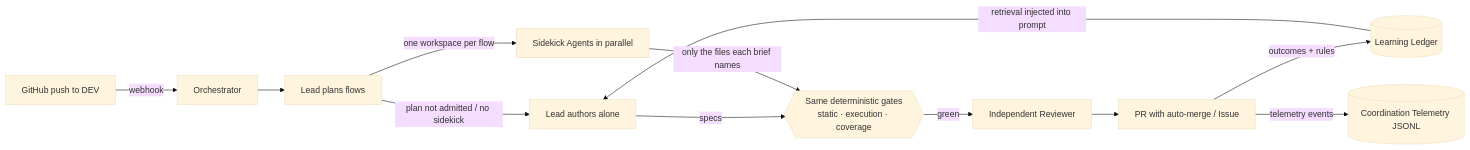
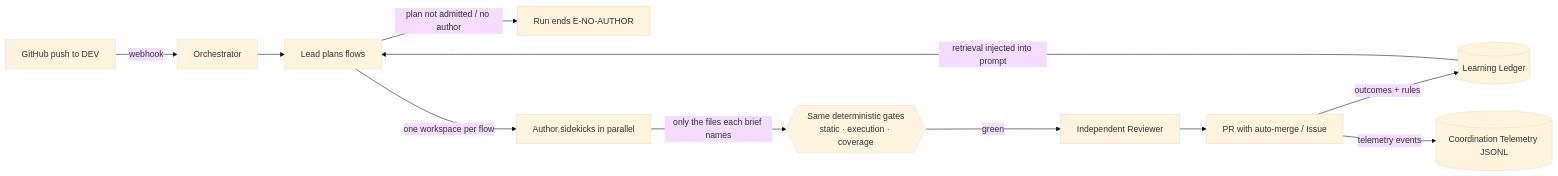
The diagram in README.md (ArielFalcon/QAyaba), drawn with Mermaid (base theme) before and after one commit. The commit also changed other lines of this file and 3 other files, not shown here.

Commit message:
docs: bring AGENTS.md, README and CI to the final architecture

````diff
--- a/README.md
+++ b/README.md
@@ -70,14 +70,13 @@
 ```mermaid
 flowchart LR
     GH["GitHub push to DEV"] -->|webhook| O[Orchestrator]
     O --> PL[Lead plans flows]
-    PL -->|"plan not admitted / no sidekick"| LEAD[Lead authors alone]
-    PL -->|"one workspace per flow"| SK[Sidekick Agents in parallel]
-    LEAD -->|specs| V{{"Same deterministic gates\nstatic · execution · coverage"}}
-    SK -->|"only the files each brief names"| V
+    PL -->|"plan not admitted / no author"| NA["Run ends E-NO-AUTHOR"]
+    PL -->|"one workspace per flow"| SK[Author sidekicks in parallel]
+    SK -->|"only the files each brief names"| V{{"Same deterministic gates\nstatic · execution · coverage"}}
     V -->|green| RV[Independent Reviewer]
     RV --> DEC[PR with auto-merge / Issue]
     DEC -->|outcomes + rules| LD[(Learning Ledger)]
     DEC -->|telemetry events| TL[(Coordination Telemetry JSONL)]
-    LD -->|retrieval injected into prompt| LEAD
+    LD -->|retrieval injected into prompt| PL
 ```
````
